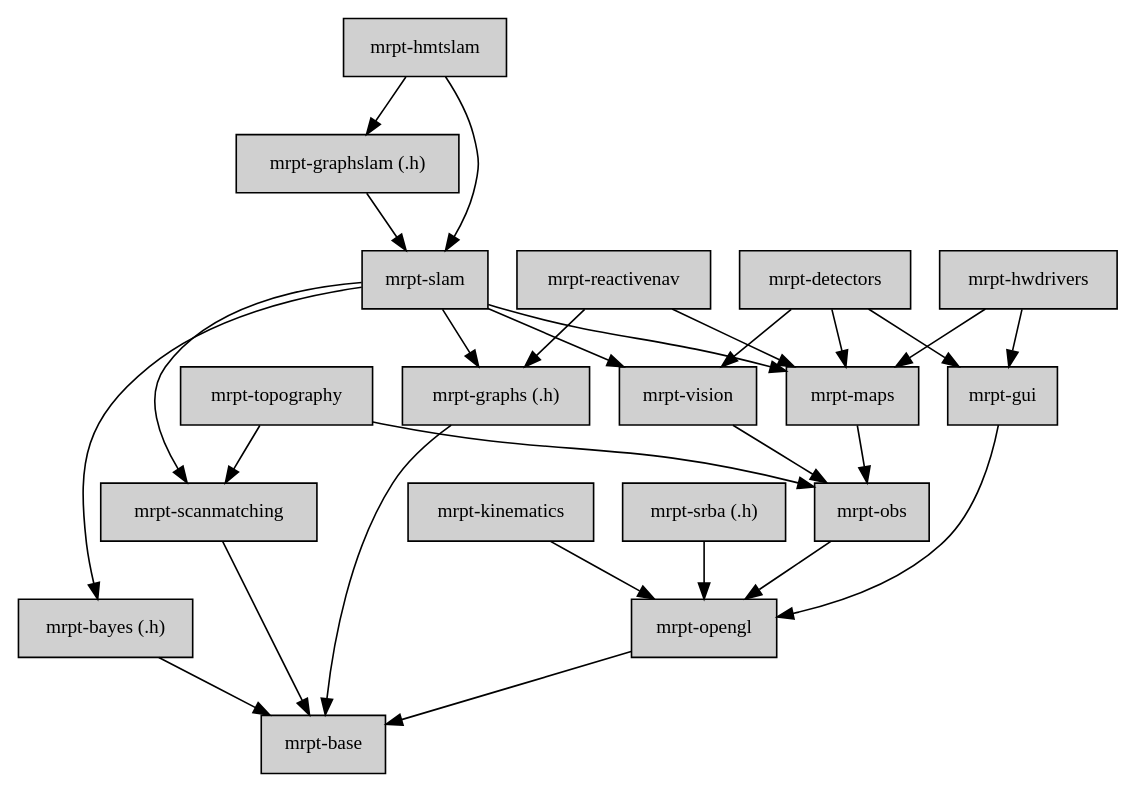
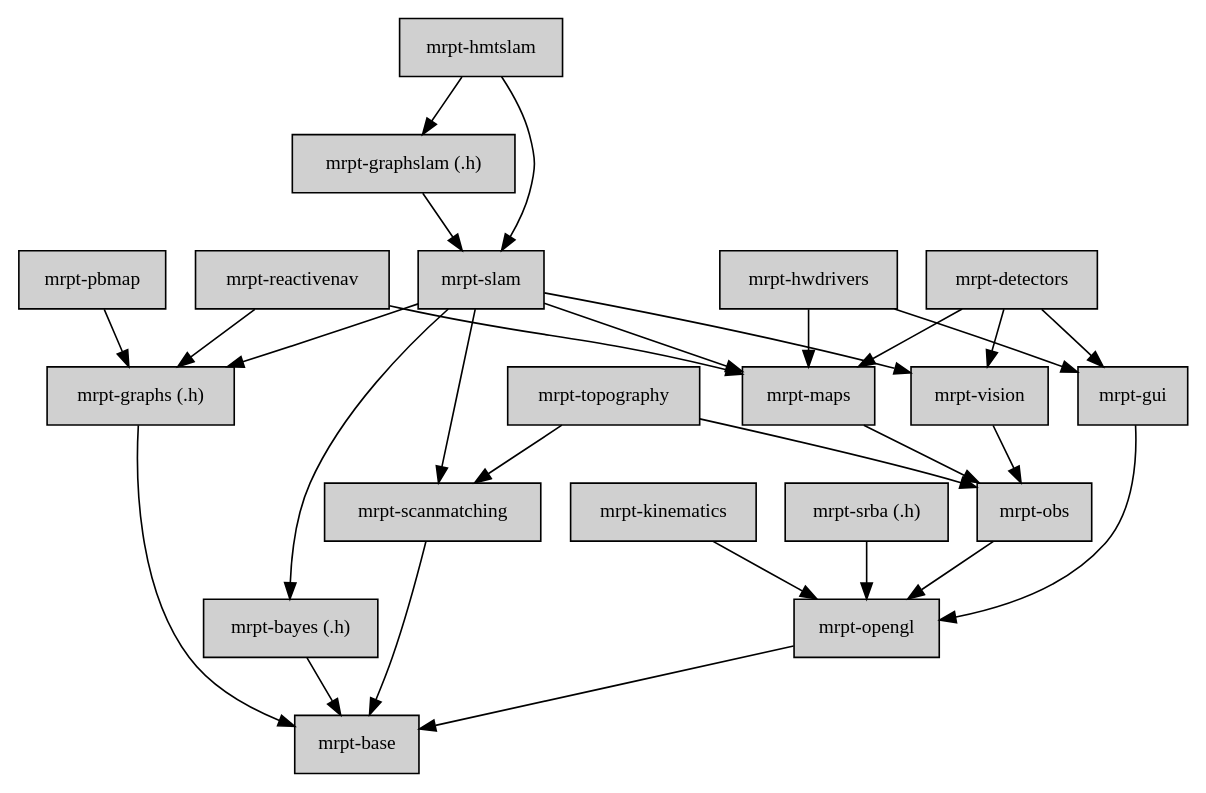
The diagram in doc/design_of_images/graph_mrpt_libs.dot (MRPT/mrpt), drawn with Graphviz before and after one commit. The commit also changed 37 other files, not shown here.

```diff
--- a/doc/design_of_images/graph_mrpt_libs.dot
+++ b/doc/design_of_images/graph_mrpt_libs.dot
@@ -1,74 +1,79 @@
 digraph MRPT_LIBS {
 
 	node [shape=box,style=filled, fillcolor="#D0D0D0",fontsize=12];
 
 	base 		[label="mrpt-base",URL="group__mrpt__base__grp.html"];
 	graphs		[label="mrpt-graphs (.h)",URL="group__mrpt__graphs__grp.html"];
 	bayes 		[label="mrpt-bayes (.h)",URL="group__mrpt__bayes__grp.html"];
 	opengl 		[label="mrpt-opengl", URL="group__mrpt__opengl__grp.html"];
 	gui 		[label="mrpt-gui",URL="group__mrpt__gui__grp.html"];
 	obs 		[label="mrpt-obs",URL="group__mrpt__obs__grp.html"];
 	hwdrivers 	[label="mrpt-hwdrivers",URL="group__mrpt__hwdrivers__grp.html"];
 	topography 	[label="mrpt-topography",URL="group__mrpt__topography__grp.html"];
 	maps 		[label="mrpt-maps",URL="group__mrpt__maps__grp.html"];
 	vision 		[label="mrpt-vision",URL="group__mrpt__vision__grp.html"];
 	scanmatching 		[label="mrpt-scanmatching",URL="group__mrpt__scanmatching__grp.html"];
 
 	slam 		[label="mrpt-slam",URL="group__mrpt__slam__grp.html"];
 	graphslam	[label="mrpt-graphslam (.h)",URL="group__mrpt__graphslam__grp.html"];
 	
 	hmtslam		[label="mrpt-hmtslam",URL="group__mrpt__hmtslam__grp.html"];
 	reactivenav	[label="mrpt-reactivenav",URL="group__mrpt__reactivenav__grp.html"];
 //	stereoslam	[label="mrpt-stereoslam (*)",URL="group__mrpt__stereoslam__grp.html"];
 	
 	detectors	[label="mrpt-detectors",URL="group__mrpt__detectors__grp.html"];
 
 	kinematics	[label="mrpt-kinematics",URL="group__mrpt__kinematics__grp.html"];
 
 	srba	[label="mrpt-srba (.h)",URL="group__mrpt__srba__grp.html"];
 
+	pbmap    [label="mrpt-pbmap",URL="group__mrpt__pbmap__grp.html"];
+
+
 	srba -> opengl;
+
+	pbmap -> graphs;
 
 	kinematics  -> opengl;
 	
 	graphs -> base;
 	scanmatching -> base;
 
 	bayes -> base;
 	
 	opengl -> base;
 	
 	obs -> opengl;
 	
 	gui -> opengl;
 	
 	hwdrivers -> gui;
 	hwdrivers -> maps;
 	
 	topography -> obs;
 	topography -> scanmatching;
 	
 	vision -> obs;
 	
 	maps -> obs;
 
 	slam -> maps;
 	slam -> vision;
 	slam -> scanmatching;
 	slam -> bayes;
 	slam -> graphs;
 
 	graphslam -> slam;
 	
 	detectors -> vision;
 	detectors -> maps;
 	detectors -> gui;
 	
 	hmtslam -> slam;
 	hmtslam -> graphslam;
 
 //	stereoslam -> vision;
 	
 	reactivenav -> maps;
 	reactivenav -> graphs;
 }
```
